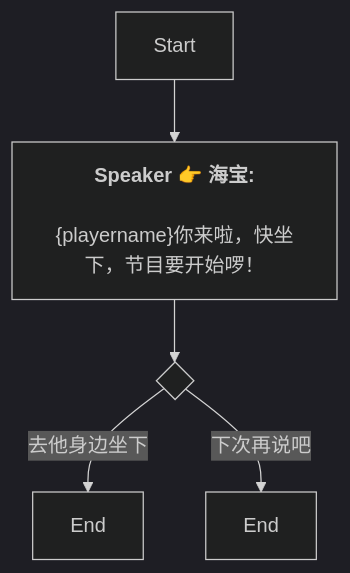
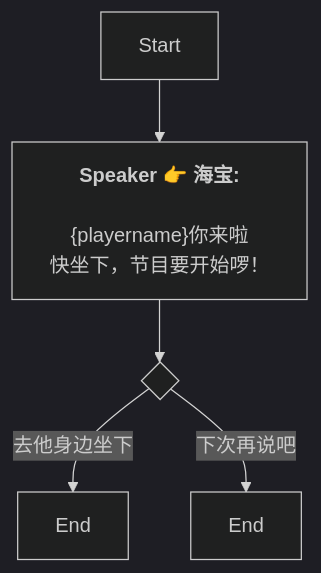
The diagram in Zh/QuestStartTalkENode_1753932806842204.md (SoftHu/tos_avg), drawn with Mermaid (dark theme) before and after one commit. The commit also changed 199 other files, not shown here.

````diff
--- a/Zh/QuestStartTalkENode_1753932806842204.md
+++ b/Zh/QuestStartTalkENode_1753932806842204.md
@@ -1,10 +1,11 @@
 ```mermaid
 graph
 Start -->1753932836608863[<b>Speaker 👉 海宝:</b>
 
-&lbrace;playername&rbrace;你来啦，快坐下，节目要开始啰！]
+&lbrace;playername&rbrace;你来啦
+快坐下，节目要开始啰！]
 1753932836608863 -->1753932882727777{ }
 1753932882727777 -->|去他身边坐下|1753933123549030[End]
 1753932882727777 -->|下次再说吧|1753933129887591[End]
 
  ```
````
